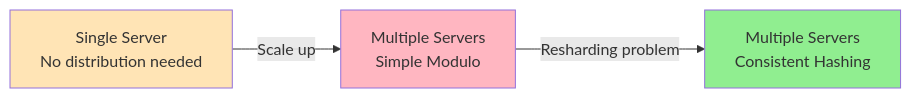
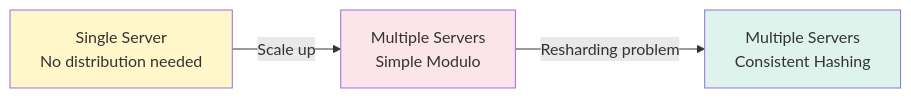
Before and after one commit to cartmancodes/InterviewVault: the second of 34 diagrams in LLD/CoreConcepts/ConsistentHashing.md, drawn with Mermaid. The commit also changed other lines of this file and 679 other files, not shown here.

Commit message:
Unify content diagrams and add accessible visual walkthroughs

````diff
--- a/LLD/CoreConcepts/ConsistentHashing.md
+++ b/LLD/CoreConcepts/ConsistentHashing.md
@@ -41,13 +41,13 @@
 ```mermaid
 graph LR
     SINGLE[Single Server<br/>No distribution needed]
     MODULO[Multiple Servers<br/>Simple Modulo]
     CONSISTENT[Multiple Servers<br/>Consistent Hashing]
     
     SINGLE -->|Scale up| MODULO
     MODULO -->|Resharding problem| CONSISTENT
     
-    style SINGLE fill:#FFE4B5
-    style MODULO fill:#FFB6C1
-    style CONSISTENT fill:#90EE90
+    style SINGLE fill:#FFF6C9
+    style MODULO fill:#FCE5EA
+    style CONSISTENT fill:#DDF3EC
 ```
````
